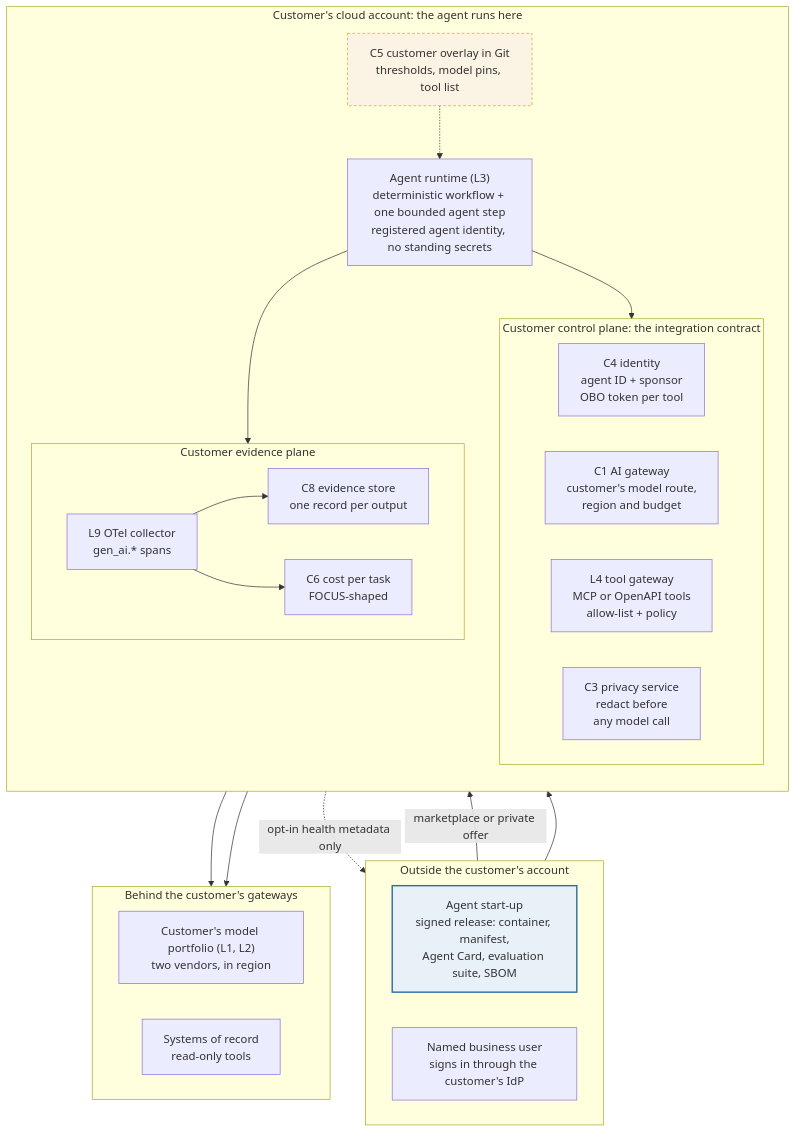
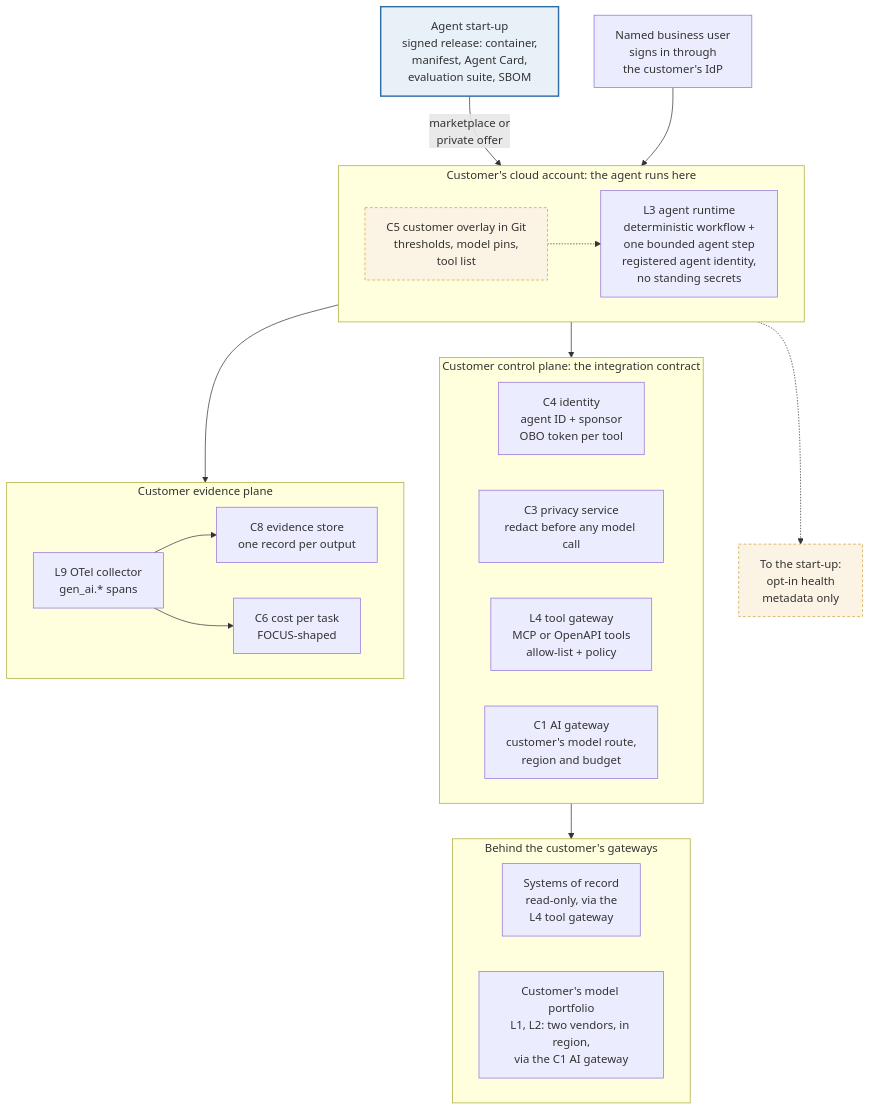
Before and after one commit to gitzerobegin/genai_stack: the diagram in Enterprise_GenAI_Stack_Oct2026/08_Graphic/diagrams/AG-1.md, drawn with Mermaid. The commit also changed 15 other files, not shown here.

First line of the commit message:
View figures: AG-1 re-laid out top-to-bottom, SU-1 crossings removed, TS-1 three tenancy tiers and privacy before gateway, SW-1 bundled route and marking order match the text; Gemma 4 notation (S, cond.) across views

````diff
--- a/Enterprise_GenAI_Stack_Oct2026/08_Graphic/diagrams/AG-1.md
+++ b/Enterprise_GenAI_Stack_Oct2026/08_Graphic/diagrams/AG-1.md
@@ -4,43 +4,40 @@
 ```mermaid
 flowchart TD
   classDef vendor fill:#E8F0F8,stroke:#2E6DA4,stroke-width:2px;
   classDef note fill:#FBF4E4,stroke:#D4A13A,stroke-dasharray:4 3;
-  subgraph OUT["Outside the customer's account"]
+  V["Agent start-up<br/>signed release: container,<br/>manifest, Agent Card,<br/>evaluation suite, SBOM"]:::vendor
+  U["Named business user<br/>signs in through<br/>the customer's IdP"]
+  subgraph RUN["Customer's cloud account: the agent runs here"]
     direction LR
-    V["Agent start-up<br/>signed release: container, manifest,<br/>Agent Card, evaluation suite, SBOM"]:::vendor
-    U["Named business user<br/>signs in through the customer's IdP"]
+    CFG["C5 customer overlay in Git<br/>thresholds, model pins,<br/>tool list"]:::note
+    AG["L3 agent runtime<br/>deterministic workflow +<br/>one bounded agent step<br/>registered agent identity,<br/>no standing secrets"]
+    CFG -.-> AG
   end
-  subgraph CS["Customer's cloud account: the agent runs here"]
-    direction TB
-    AG["Agent runtime (L3)<br/>deterministic workflow + one bounded agent step<br/>registered agent identity, no standing secrets"]
-    CFG["C5 customer overlay in Git<br/>thresholds, model pins, tool list"]:::note
-    subgraph CP["Customer control plane: the integration contract"]
-      direction LR
-      ID["C4 identity<br/>agent ID + sponsor<br/>OBO token per tool"]
-      GW["C1 AI gateway<br/>customer's model route,<br/>region and budget"]
-      TG["L4 tool gateway<br/>MCP or OpenAPI tools<br/>allow-list + policy"]
-      PR["C3 privacy service<br/>redact before<br/>any model call"]
-    end
-    subgraph EV["Customer evidence plane"]
-      direction LR
-      OT["L9 OTel collector<br/>gen_ai.* spans"]
-      ES["C8 evidence store<br/>one record per output"]
-      FN["C6 cost per task<br/>FOCUS-shaped"]
-    end
+  subgraph CP["Customer control plane: the integration contract"]
+    direction LR
+    ID["C4 identity<br/>agent ID + sponsor<br/>OBO token per tool"]
+    PR["C3 privacy service<br/>redact before any model call"]
+    TG["L4 tool gateway<br/>MCP or OpenAPI tools<br/>allow-list + policy"]
+    GW["C1 AI gateway<br/>customer's model route,<br/>region and budget"]
+  end
+  subgraph EV["Customer evidence plane"]
+    direction LR
+    OT["L9 OTel collector<br/>gen_ai.* spans"]
+    ES["C8 evidence store<br/>one record per output"]
+    FN["C6 cost per task<br/>FOCUS-shaped"]
+    OT --> ES
+    OT --> FN
   end
   subgraph DS["Behind the customer's gateways"]
     direction LR
-    M["Customer's model portfolio (L1, L2)<br/>two vendors, in region"]
-    SOR["Systems of record<br/>read-only tools"]
+    SOR["Systems of record<br/>read-only, via the<br/>L4 tool gateway"]
+    M["Customer's model portfolio<br/>L1, L2: two vendors, in region,<br/>via the C1 AI gateway"]
   end
-  V -- "marketplace or private offer" --> AG
-  U --> ID
-  CFG -.-> AG
-  AG --> CP
-  GW --> M
-  TG --> SOR
-  AG --> EV
-  OT --> ES
-  OT --> FN
-  AG -. "opt-in health metadata only" .-> V
+  HM["To the start-up:<br/>opt-in health<br/>metadata only"]:::note
+  V -->|"marketplace or<br/>private offer"| RUN
+  U --> RUN
+  RUN --> CP
+  RUN --> EV
+  RUN -.-> HM
+  CP --> DS
 ```
````
